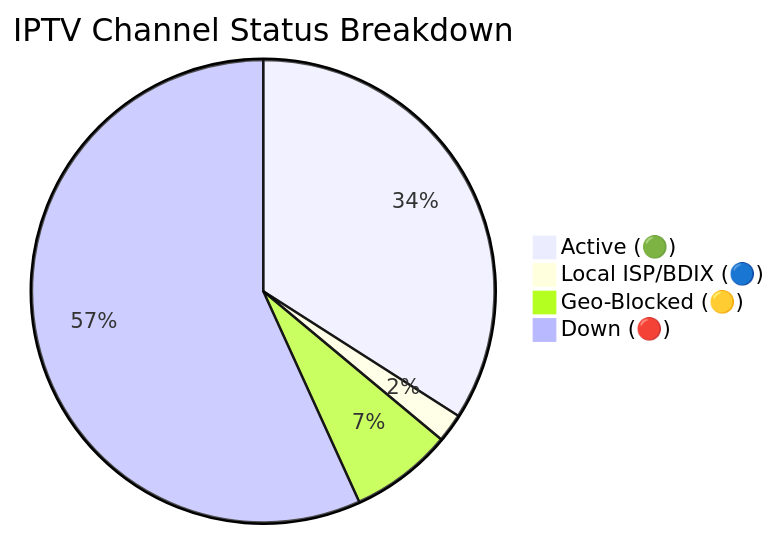
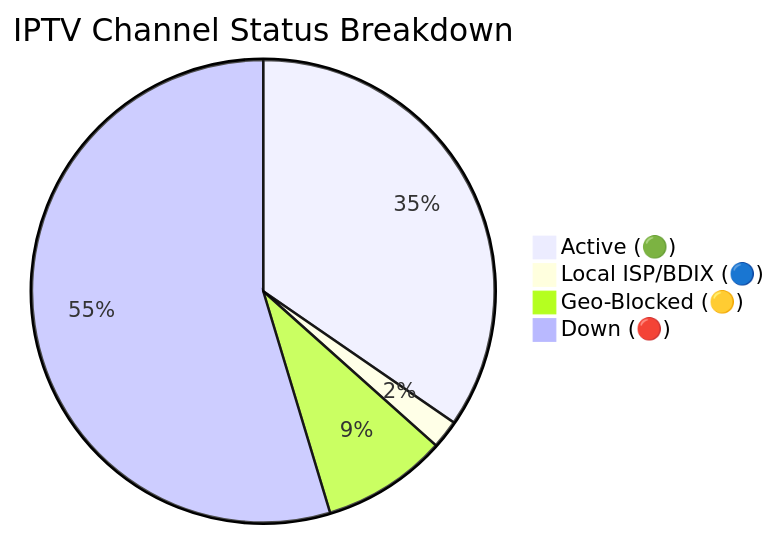
Before and after one commit to andreataylord/Ip-tv-Collection: the diagram in README.md, drawn with Mermaid. The commit also changed other lines of this file and 1 other file, not shown here.

Commit message:
docs(readme): auto-update daily channel status chart

````diff
--- a/README.md
+++ b/README.md
@@ -59,7 +59,7 @@
 ```mermaid
 pie title IPTV Channel Status Breakdown
-    "Active (🟢)" : 2179
+    "Active (🟢)" : 2214
     "Local ISP/BDIX (🔵)" : 128
-    "Geo-Blocked (🟡)" : 457
-    "Down (🔴)" : 3635
+    "Geo-Blocked (🟡)" : 559
+    "Down (🔴)" : 3498
 ```
````
